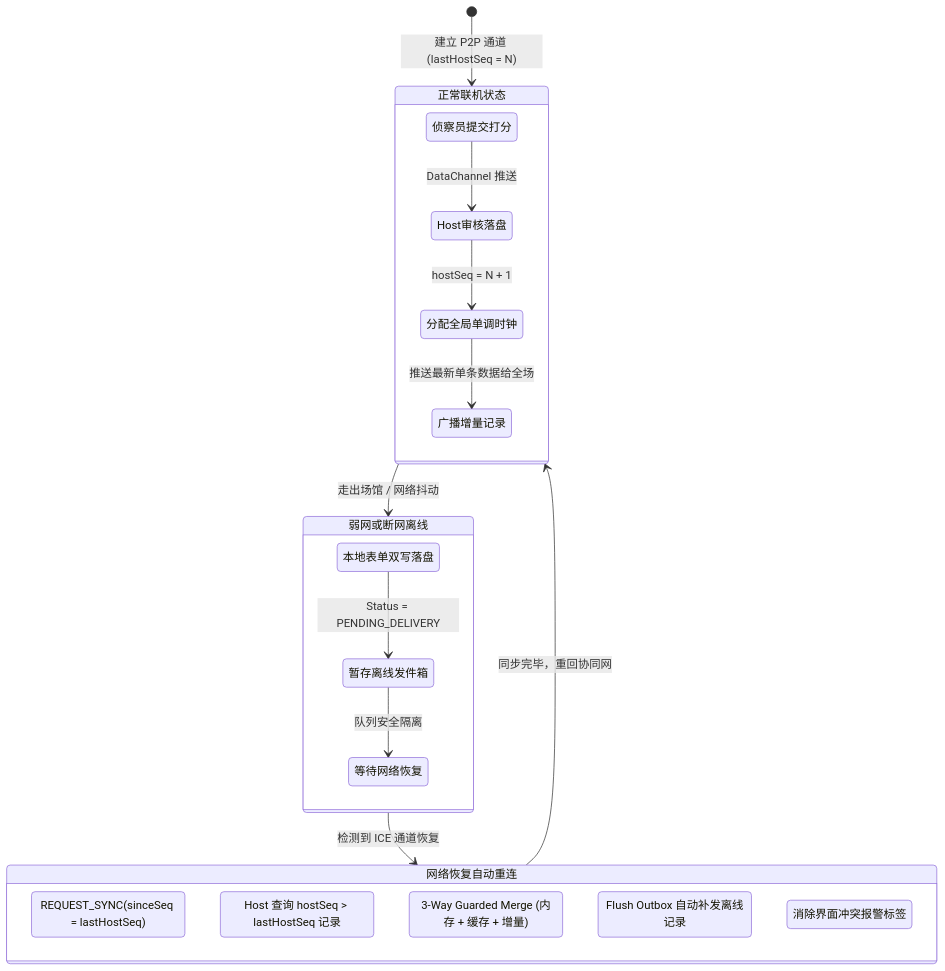
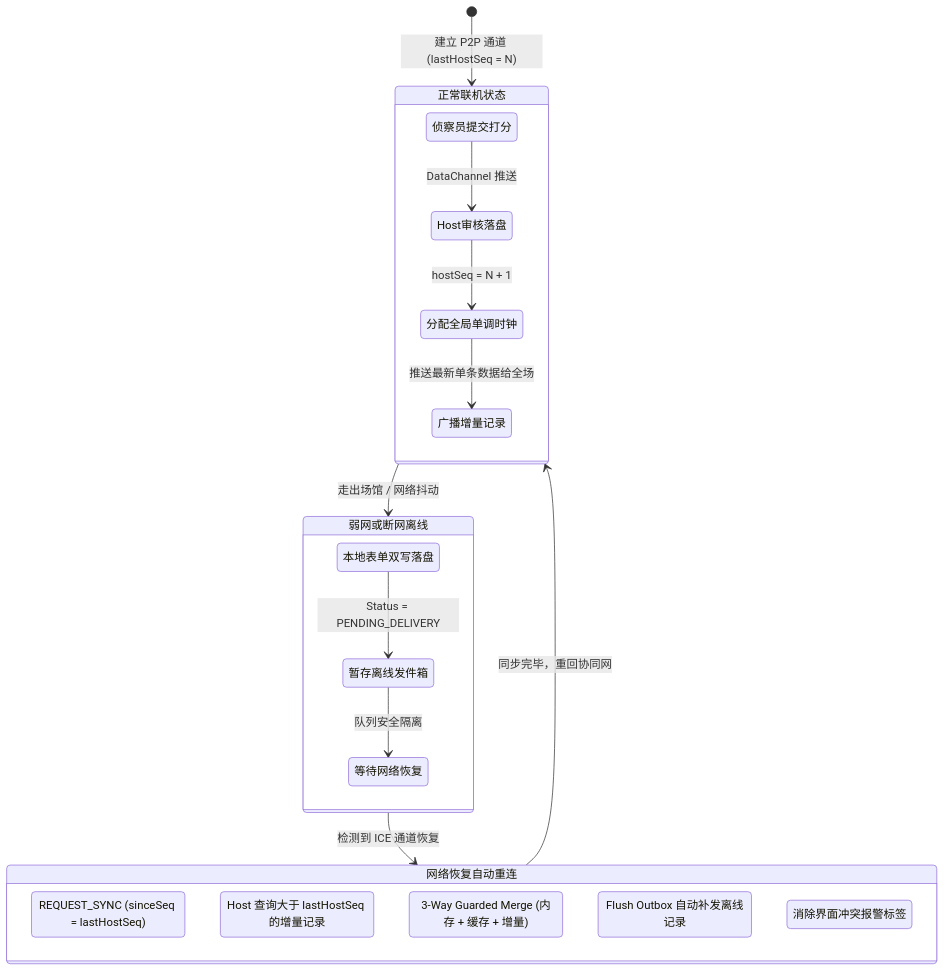
The third of 4 diagrams in README.md (Lucalmz/ScoutingPro27), drawn with Mermaid before and after one commit. The commit also changed other lines of this file and 4 other files, not shown here.

Commit message:
docs: 彻底解决 README 在 GitHub 上公式解析报错及图表在暗色模式和弱网环境下的显示异常

````diff
--- a/README.md
+++ b/README.md
@@ -296,29 +322,29 @@
 ```mermaid
 stateDiagram-v2
     [*] --> 正常联机状态: 建立 P2P 通道 (lastHostSeq = N)
     
     state 正常联机状态 {
         侦察员提交打分 --> Host审核落盘: DataChannel 推送
         Host审核落盘 --> 分配全局单调时钟: hostSeq = N + 1
         分配全局单调时钟 --> 广播增量记录: 推送最新单条数据给全场
     }
 
     正常联机状态 --> 弱网或断网离线: 走出场馆 / 网络抖动
     
     state 弱网或断网离线 {
         本地表单双写落盘 --> 暂存离线发件箱: Status = PENDING_DELIVERY
         暂存离线发件箱 --> 等待网络恢复: 队列安全隔离
     }
 
     弱网或断网离线 --> 网络恢复自动重连: 检测到 ICE 通道恢复
     
     state 网络恢复自动重连 {
-        发起增量请求: REQUEST_SYNC(sinceSeq = lastHostSeq)
-        检索增量差量: Host 查询 hostSeq > lastHostSeq 记录
+        发起增量请求: REQUEST_SYNC (sinceSeq = lastHostSeq)
+        检索增量差量: Host 查询大于 lastHostSeq 的增量记录
         三向安全合并: 3-Way Guarded Merge (内存 + 缓存 + 增量)
         自动冲刷发件箱: Flush Outbox 自动补发离线记录
         消解冲突卡片: 消除界面冲突报警标签
     }
 
     网络恢复自动重连 --> 正常联机状态: 同步完毕，重回协同网
 ```
````
